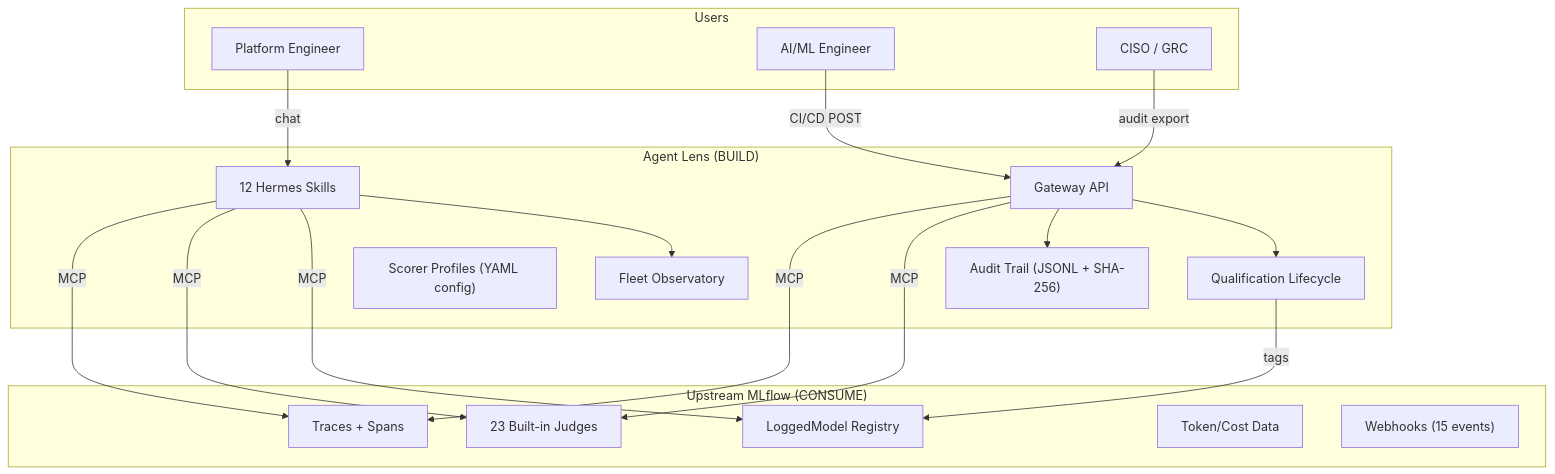
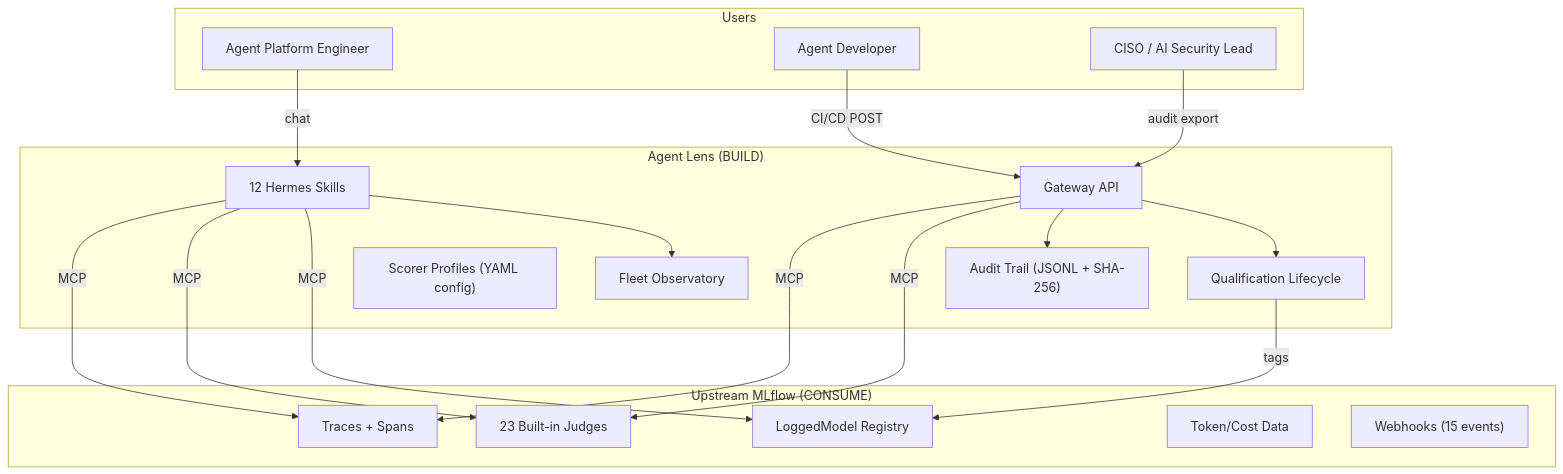
The diagram in docs/product/identity.md (rrbanda/agent-lens), drawn with Mermaid before and after one commit. The commit also changed other lines of this file and 36 other files, not shown here.

````diff
--- a/docs/product/identity.md
+++ b/docs/product/identity.md
@@ -101,39 +101,39 @@
 ```mermaid
 graph TB
   subgraph upstream["Upstream MLflow (CONSUME)"]
     TracesStore["Traces + Spans"]
     Scorers["23 Built-in Judges"]
     LoggedModel["LoggedModel Registry"]
     TokenCost["Token/Cost Data"]
     Webhooks["Webhooks (15 events)"]
   end
 
   subgraph agentlens["Agent Lens (BUILD)"]
     Gateway["Gateway API"]
     AuditTrail["Audit Trail (JSONL + SHA-256)"]
     QualLifecycle["Qualification Lifecycle"]
     FleetView["Fleet Observatory"]
     ScorerProfiles["Scorer Profiles (YAML config)"]
     Skills["12 Hermes Skills"]
   end
 
   subgraph users["Users"]
-    PlatEng["Platform Engineer"]
-    AIML["AI/ML Engineer"]
-    CISO["CISO / GRC"]
+    PlatEng["Agent Platform Engineer"]
+    AIML["Agent Developer"]
+    CISO["CISO / AI Security Lead"]
   end
 
   PlatEng -->|chat| Skills
   AIML -->|"CI/CD POST"| Gateway
   CISO -->|"audit export"| Gateway
 
   Skills -->|MCP| TracesStore
   Skills -->|MCP| Scorers
   Skills -->|MCP| LoggedModel
   Gateway -->|MCP| TracesStore
   Gateway -->|MCP| Scorers
   Gateway --> AuditTrail
   Gateway --> QualLifecycle
   Skills --> FleetView
   QualLifecycle -->|"tags"| LoggedModel
 ```
````
